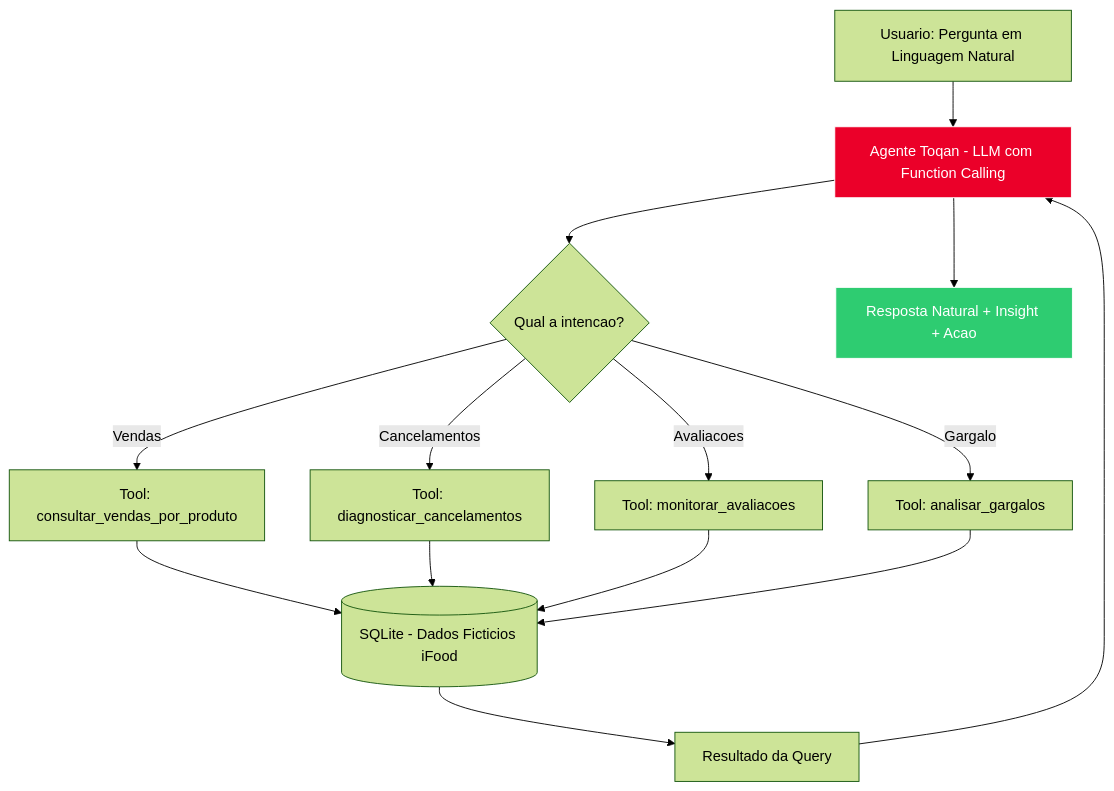
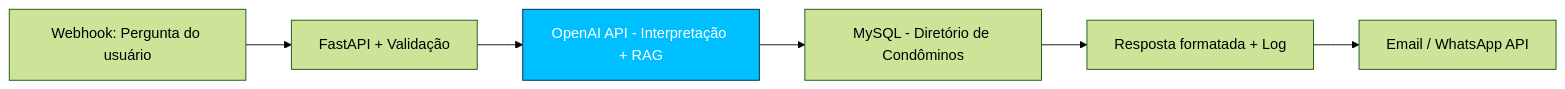
Before and after one commit to Pedro274-ctrl/agente-toqan-ifood-exemplo: the diagram in README.md, drawn with Mermaid (forest theme). The commit also changed other lines of this file and 92 other files, not shown here.

Commit message:
fix: estrutura final profissional Toqan - padrão iFood

````diff
--- a/README.md
+++ b/README.md
@@ -53,21 +21,9 @@
 ```mermaid
-flowchart TD
-    A[Usuario: Pergunta em Linguagem Natural] --> B[Agente Toqan - LLM com Function Calling]
-    B --> C{Qual a intencao?}
-    C -->|Vendas| D[Tool: consultar_vendas_por_produto]
-    C -->|Cancelamentos| E[Tool: diagnosticar_cancelamentos]
-    C -->|Avaliacoes| F[Tool: monitorar_avaliacoes]
-    C -->|Gargalo| G[Tool: analisar_gargalos]
-    
-    D --> H[(SQLite - Dados Ficticios iFood)]
-    E --> H
-    F --> H
-    G --> H
-    
-    H --> I[Resultado da Query]
-    I --> B
-    B --> J[Resposta Natural + Insight + Acao]
-
-    style B fill:#EB0029,stroke:#fff,color:#fff
-    style J fill:#2ecc71,stroke:#fff,color:#fff
+flowchart LR
+    A[Webhook: Pergunta do usuário] --> B[FastAPI + Validação]
+    B --> C[OpenAI API - Interpretação + RAG]
+    C --> D[MySQL - Diretório de Condôminos]
+    D --> E[Resposta formatada + Log]
+    E --> F[Email / WhatsApp API]
+    style C fill:#00BFFF,stroke:#001F3F,color:#fff
 ```
````
